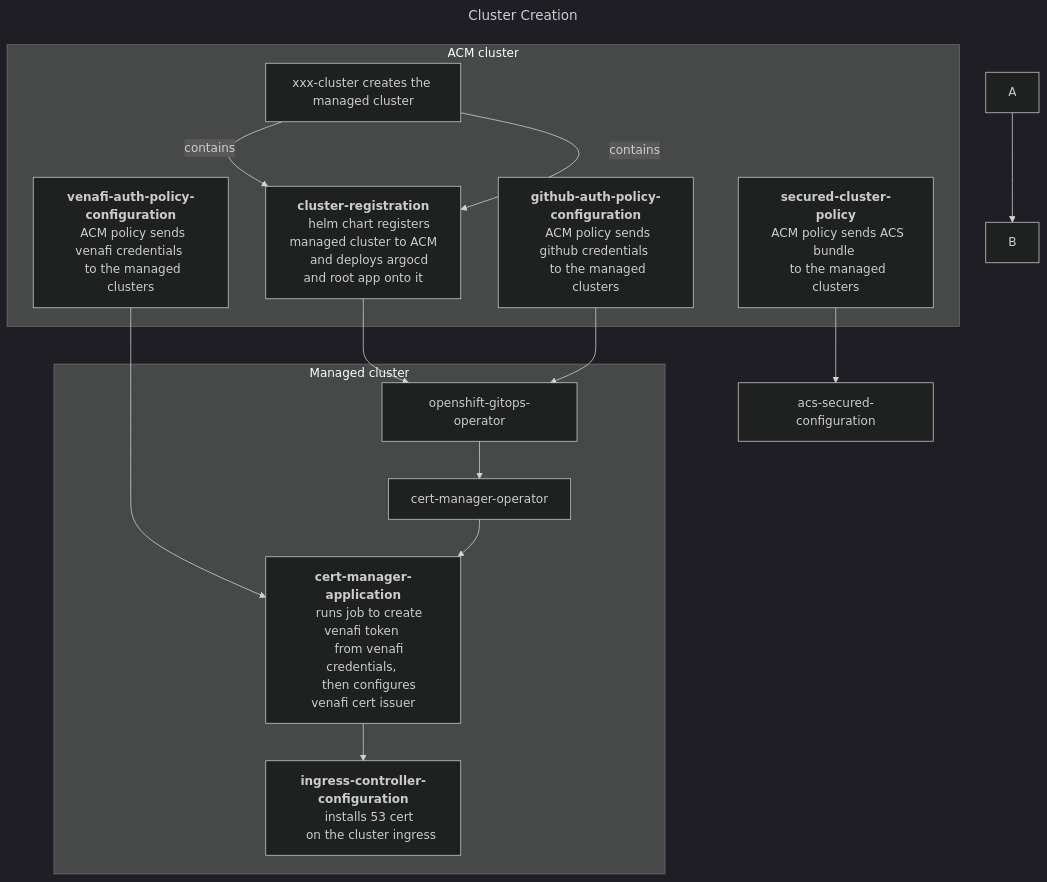
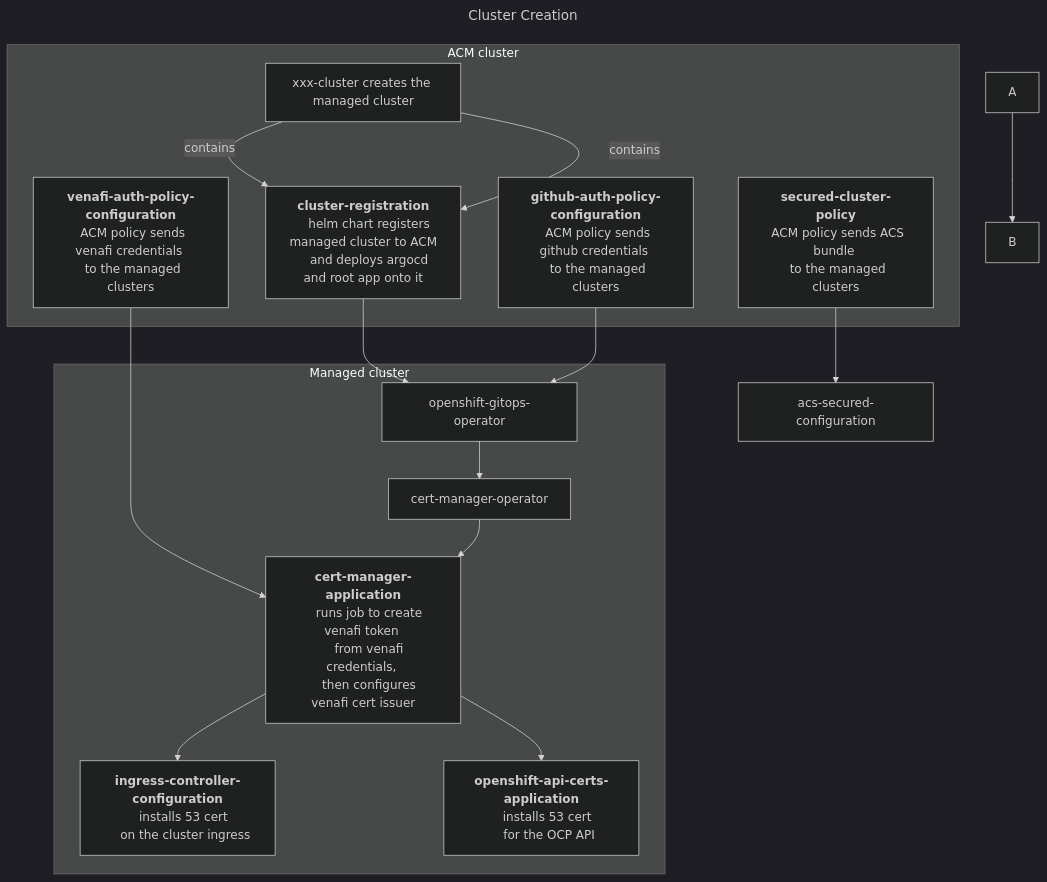
One commit to mmwillingham/acm changed the diagram in test-mermaid/test-mermaid.build.md. Above: the diagram before and after it, drawn with Mermaid (dark theme). The commit also changed other lines of this file, not shown here.

````diff
--- a/test-mermaid/test-mermaid.build.md
+++ b/test-mermaid/test-mermaid.build.md
@@ -2,40 +2,42 @@
 ```mermaid
 ---
 title: Cluster Creation
 ---
 flowchart TD
 A --> B
 venafi-auth-policy-configuration --> cert-manager-application
 cluster-registration --> openshift-gitops-operator
 github-auth-policy-configuration --> openshift-gitops-operator
 secured-cluster-policy --> acs-secured-configuration
 subgraph ACM cluster
 xxx-cluster["xxx-cluster creates the managed cluster"] -- contains --> cluster-registration["<b>cluster-registration</b>
   helm chart registers managed cluster to ACM
   and deploys argocd and root app onto it"]
 venafi-auth-policy-configuration["<b>venafi-auth-policy-configuration</b>
   ACM policy sends venafi credentials 
   to the managed clusters"]
 github-auth-policy-configuration["<b>github-auth-policy-configuration</b>
   ACM policy sends github credentials 
   to the managed clusters"]
 secured-cluster-policy["<b>secured-cluster-policy</b>
   ACM policy sends ACS bundle 
   to the managed clusters"]
 end
 subgraph Managed cluster
 xxx-cluster["xxx-cluster creates the managed cluster"] -- contains --> cluster-registration["<b>cluster-registration</b>
     helm chart registers managed cluster to ACM
     and deploys argocd and root app onto it"]
 openshift-gitops-operator --> cert-manager-operator
 cert-manager-operator --> cert-manager-application["<b>cert-manager-application</b>
     runs job to create venafi token 
     from venafi credentials, 
     then configures venafi cert issuer"]
 cert-manager-application --> ingress-controller-configuration["<b>ingress-controller-configuration</b>
     installs 53 cert 
     on the cluster ingress"]
-    
+cert-manager-application --> openshift-api-certs-application["<b>openshift-api-certs-application</b>
+    installs 53 cert 
+    for the OCP API"]    
 
 end
 ```
````
